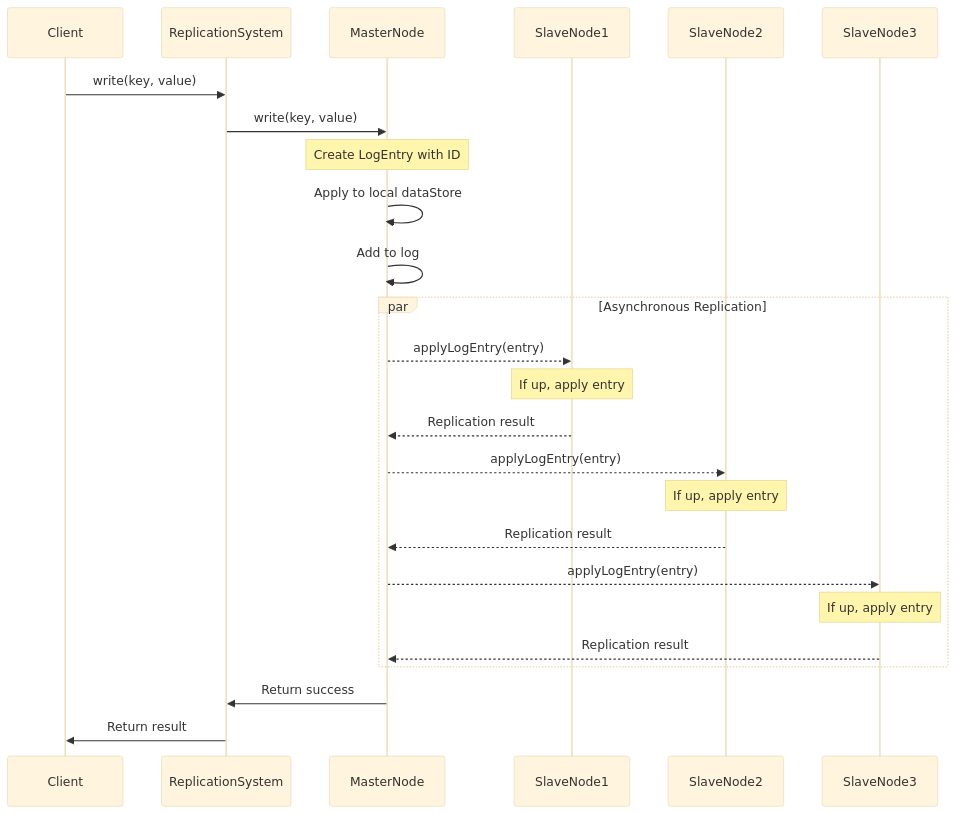
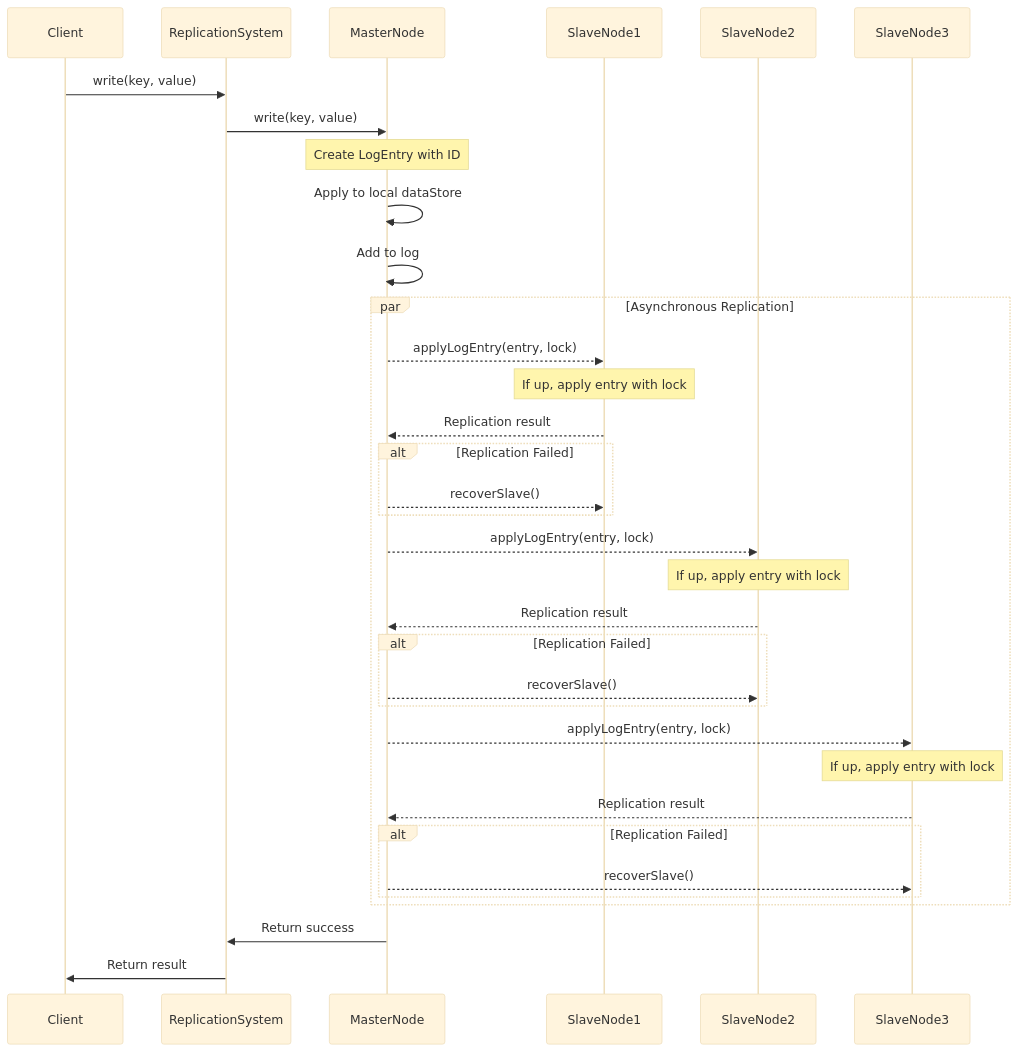
The second of 6 diagrams in diagrams.md (billycychan/master-slave-replication-java), drawn with Mermaid (base theme) before and after one commit. The commit also changed other lines of this file and 8 other files, not shown here.

Commit message:
feat: recreated the diagrams

````diff
--- a/diagrams.md
+++ b/diagrams.md
@@ -81,33 +81,42 @@
 ```mermaid
 sequenceDiagram
     participant Client
     participant ReplicationSystem
     participant MasterNode
     participant SlaveNode1
     participant SlaveNode2
     participant SlaveNode3
 
     Client->>ReplicationSystem: write(key, value)
     ReplicationSystem->>MasterNode: write(key, value)
     
     Note over MasterNode: Create LogEntry with ID
     MasterNode->>MasterNode: Apply to local dataStore
     MasterNode->>MasterNode: Add to log
     
     par Asynchronous Replication
-        MasterNode-->>SlaveNode1: applyLogEntry(entry)
-        Note over SlaveNode1: If up, apply entry
+        MasterNode-->>SlaveNode1: applyLogEntry(entry, lock)
+        Note over SlaveNode1: If up, apply entry with lock
         SlaveNode1-->>MasterNode: Replication result
+        alt Replication Failed
+            MasterNode-->>SlaveNode1: recoverSlave()
+        end
 
-        MasterNode-->>SlaveNode2: applyLogEntry(entry)
-        Note over SlaveNode2: If up, apply entry
+        MasterNode-->>SlaveNode2: applyLogEntry(entry, lock)
+        Note over SlaveNode2: If up, apply entry with lock
         SlaveNode2-->>MasterNode: Replication result
+        alt Replication Failed
+            MasterNode-->>SlaveNode2: recoverSlave()
+        end
 
-        MasterNode-->>SlaveNode3: applyLogEntry(entry)
-        Note over SlaveNode3: If up, apply entry
+        MasterNode-->>SlaveNode3: applyLogEntry(entry, lock)
+        Note over SlaveNode3: If up, apply entry with lock
         SlaveNode3-->>MasterNode: Replication result
+        alt Replication Failed
+            MasterNode-->>SlaveNode3: recoverSlave()
+        end
     end
     
     MasterNode->>ReplicationSystem: Return success
     ReplicationSystem->>Client: Return result
 ```
````
